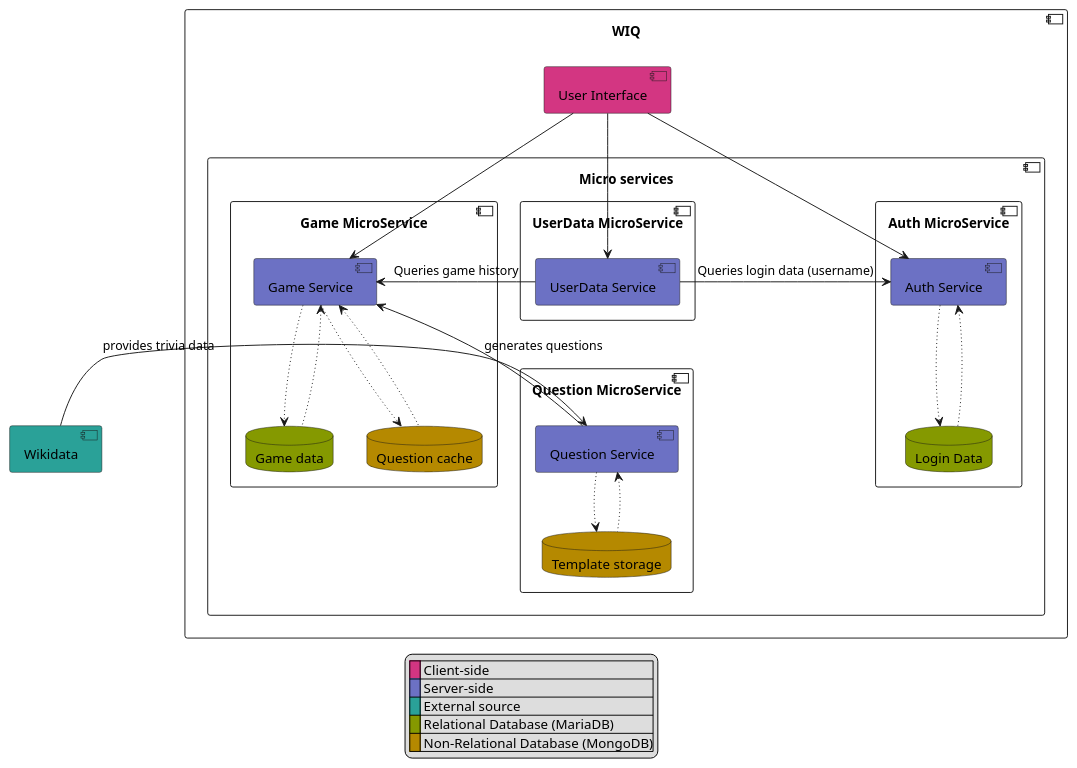
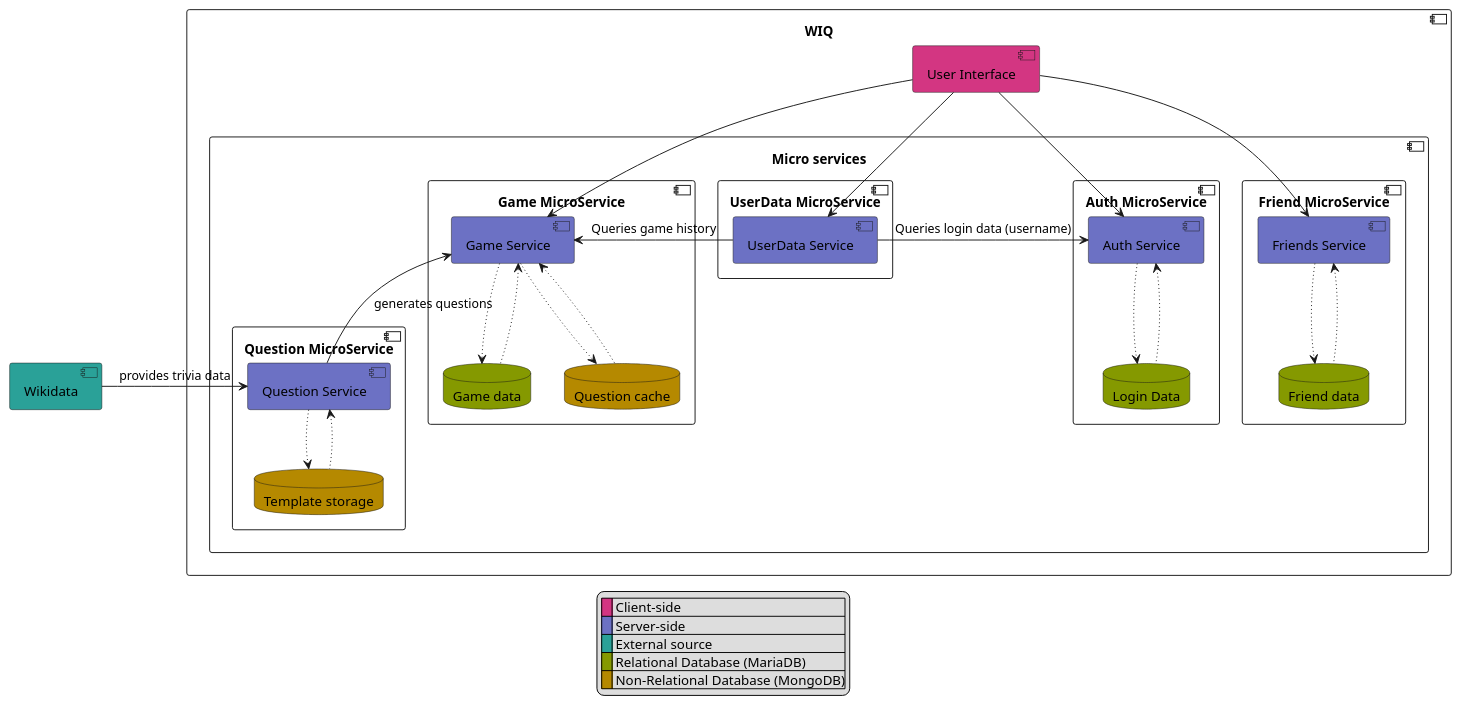
Before and after one commit to Arquisoft/wiq_es1c: the third of 3 diagrams in docs/src/05_building_block_view.adoc, drawn with PlantUML.

Commit message:
Update 05_building_block_view.adoc
Tengo miedo

```diff
--- a/docs/src/05_building_block_view.adoc
+++ b/docs/src/05_building_block_view.adoc
@@ -71,58 +71,66 @@
 [plantuml,"BlackBox Level 3",png]
 ----
 Component WIQ as "WIQ" {
 
     Component ms as "Micro services" {
         Component c1 as "Auth MicroService" {
-            Component auth as "Auth Service" #6c71c4 
+            Component auth as "Auth Service" #6c71c4
             Database d1 as "Login Data" #859900
         }
 
         Component c2 as "UserData MicroService" {
             Component history as "UserData Service" #6c71c4
         }
 
         Component c3 as "Game MicroService" {
             Component game as "Game Service" #6c71c4
             Database d2 as "Game data" #859900
-            Database d5 as "Question cache" #b58900 
+            Database d5 as "Question cache" #b58900
         }
 
         Component c4 as "Question MicroService" {
             Component questions as "Question Service" #6c71c4
             Database d6 as "Template storage" #b58900
         }
+        Component c5 as "Friend MicroService" {
+            Component friends as "Friends Service" #6c71c4
+            Database d7 as "Friend data" #859900
+        }
+
     }
 
     Component ui as "User Interface" #d33682
 
     ui -down-> auth
     ui -down-> game
     ui -down-> history
+    ui -down-> friends
 
     auth -[dotted]-> d1
     auth <-[dotted]- d1
     game -[dotted]-> d2
     game <-[dotted]- d2
     game -[dotted]-> d5
     game <-[dotted]- d5
     questions -[dotted]-> d6
     questions <-[dotted]- d6
+    friends -[dotted]-> d7
+    friends <-[dotted]- d7
 }
 
 Component w as "Wikidata" #2aa198
 
 game <-- questions: generates questions
 questions <-left- w: provides trivia data
 
 game <-right- history: Queries game history
 auth <-left- history: Queries login data (username)
 
 legend
  |<back:#d33682>   </back>| Client-side |
  |<back:#6c71c4>   </back>| Server-side |
  |<back:#2aa198>   </back>| External source |
  |<back:#859900>   </back>| Relational Database (MariaDB) |
  |<back:#b58900>   </back>| Non-Relational Database (MongoDB)|
 endlegend
 ----
```
